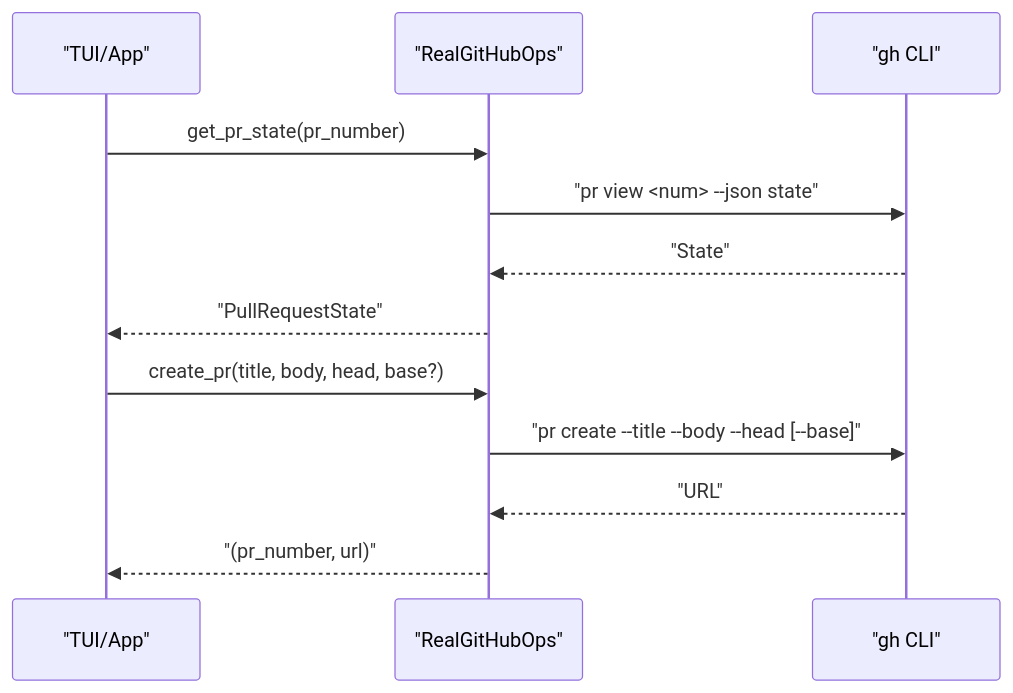
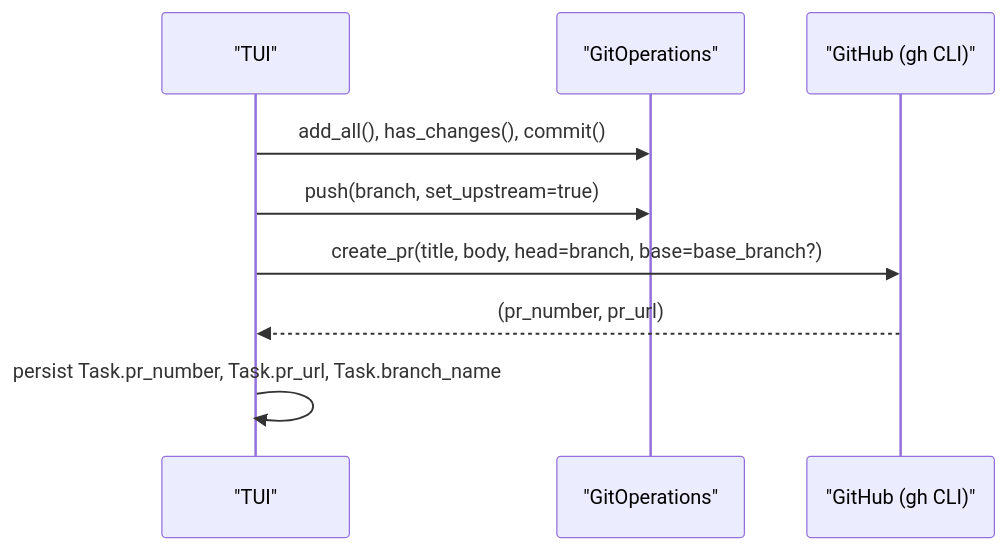
Before and after one commit to bramburn/agtx: the sixth of 8 diagrams in .qoder/repowiki/en/content/Git Integration/Branch Operations.md, drawn with Mermaid. The commit also changed other lines of this file and 140 other files, not shown here.

````diff
--- a/.qoder/repowiki/en/content/Git Integration/Branch Operations.md
+++ b/.qoder/repowiki/en/content/Git Integration/Branch Operations.md
@@ -258,14 +219,11 @@
 ```mermaid
 sequenceDiagram
-participant TUI as "TUI/App"
-participant GH as "RealGitHubOps"
-participant CLI as "gh CLI"
-TUI->>GH : get_pr_state(pr_number)
-GH->>CLI : "pr view <num> --json state"
-CLI-->>GH : "State"
-GH-->>TUI : "PullRequestState"
-TUI->>GH : create_pr(title, body, head, base?)
-GH->>CLI : "pr create --title --body --head [--base]"
-CLI-->>GH : "URL"
-GH-->>TUI : "(pr_number, url)"
+participant TUI as "TUI"
+participant GitOps as "GitOperations"
+participant Provider as "GitHub (gh CLI)"
+TUI->>GitOps : add_all(), has_changes(), commit()
+TUI->>GitOps : push(branch, set_upstream=true)
+TUI->>Provider : create_pr(title, body, head=branch, base=base_branch?)
+Provider-->>TUI : (pr_number, pr_url)
+TUI->>TUI : persist Task.pr_number, Task.pr_url, Task.branch_name
 ```
````
